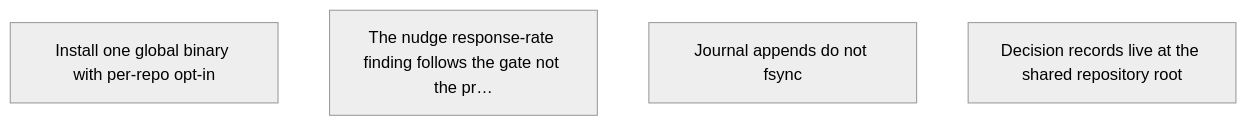
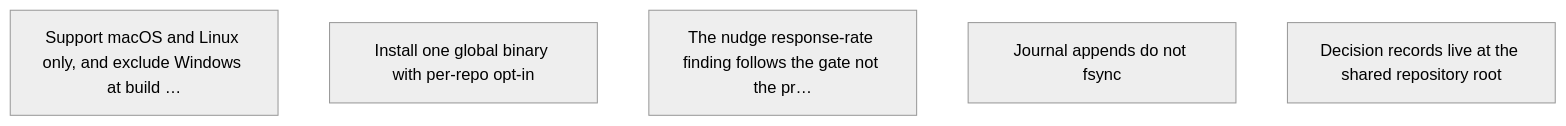
One commit to GuitarWag/adrlog changed the diagram in docs/adr/README.md. Above: the diagram before and after it, drawn with Mermaid (neutral theme). The commit also changed other lines of this file and 2 other files, not shown here.

Commit message:
docs: record the platform decision and drop a stale claim
prd.md section 12 still said single-platform darwin/arm64, with Linux described
as a Makefile change away. That stopped being true when CI started running the
suite on both platforms and cross-compiling four targets.

Adds an ADR for excluding Windows. The reasoning is worth keeping because the
obvious future change — implement the lock with syscall.LockFileEx, it is only
twenty lines — is one somebody could make without realising that an untested
lock here does not crash, it hands two turns the same seq and corrupts the
journal quietly.

````diff
--- a/docs/adr/README.md
+++ b/docs/adr/README.md
@@ -14,7 +15,8 @@
 ```mermaid
 graph TD
-  n0["Install one global binary with per-repo opt-in"]
-  n1["The nudge response-rate finding follows the gate not the pr…"]
-  n2["Journal appends do not fsync"]
-  n3["Decision records live at the shared repository root"]
+  n0["Support macOS and Linux only, and exclude Windows at build …"]
+  n1["Install one global binary with per-repo opt-in"]
+  n2["The nudge response-rate finding follows the gate not the pr…"]
+  n3["Journal appends do not fsync"]
+  n4["Decision records live at the shared repository root"]
 ```
````
